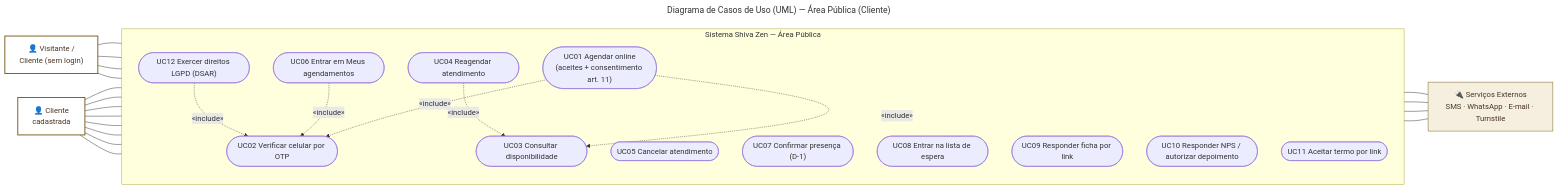
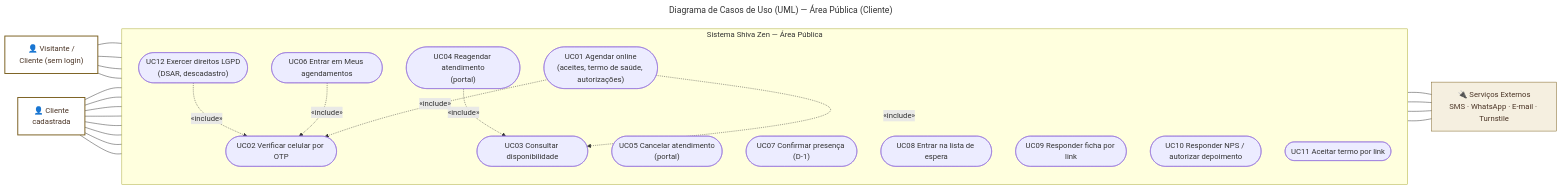
Before and after one commit to RafaelSMaciel/jaqueline-aranha-estetica: the diagram in docs/diagramas/01-casos-uso-publico.mmd, drawn with Mermaid. The commit also changed 20 other files, not shown here.

First line of the commit message:
docs(requisitos): documento de requisitos e UML v2.3 com a revisao 0047-0061

```diff
--- a/docs/diagramas/01-casos-uso-publico.mmd
+++ b/docs/diagramas/01-casos-uso-publico.mmd
@@ -1,50 +1,50 @@
 ---
 title: Diagrama de Casos de Uso (UML) — Área Pública (Cliente)
 ---
 flowchart LR
     A1["👤 Visitante /<br/>Cliente (sem login)"]:::ator
     A2["👤 Cliente<br/>cadastrada"]:::ator
     A3["🔌 Serviços Externos<br/>SMS · WhatsApp · E-mail · Turnstile"]:::ext
 
     subgraph S["Sistema Shiva Zen — Área Pública"]
         direction TB
-        UC01(["UC01 Agendar online<br/>(aceites + consentimento art. 11)"])
+        UC01(["UC01 Agendar online<br/>(aceites, termo de saúde, autorizações)"])
         UC02(["UC02 Verificar celular por OTP"])
         UC03(["UC03 Consultar disponibilidade"])
-        UC04(["UC04 Reagendar atendimento"])
-        UC05(["UC05 Cancelar atendimento"])
+        UC04(["UC04 Reagendar atendimento<br/>(portal)"])
+        UC05(["UC05 Cancelar atendimento<br/>(portal)"])
         UC06(["UC06 Entrar em Meus agendamentos"])
         UC07(["UC07 Confirmar presença (D-1)"])
         UC08(["UC08 Entrar na lista de espera"])
         UC09(["UC09 Responder ficha por link"])
         UC10(["UC10 Responder NPS / autorizar depoimento"])
         UC11(["UC11 Aceitar termo por link"])
-        UC12(["UC12 Exercer direitos LGPD (DSAR)"])
+        UC12(["UC12 Exercer direitos LGPD<br/>(DSAR, descadastro)"])
     end
 
     A1 --- UC01
     A1 --- UC03
     A1 --- UC08
     A1 --- UC09
     A2 --- UC01
     A2 --- UC04
     A2 --- UC05
     A2 --- UC06
     A2 --- UC07
     A2 --- UC10
     A2 --- UC11
     A2 --- UC12
 
     UC01 -.->|«include»| UC02
     UC01 -.->|«include»| UC03
     UC04 -.->|«include»| UC03
     UC06 -.->|«include»| UC02
     UC12 -.->|«include»| UC02
 
     UC02 --- A3
     UC07 --- A3
     UC08 --- A3
     UC10 --- A3
 
     classDef ator fill:#ffffff,stroke:#7a5f1f,stroke-width:2px,color:#4A3425
     classDef ext fill:#f5efe0,stroke:#7a5f1f,stroke-width:1px,color:#4A3425
```
